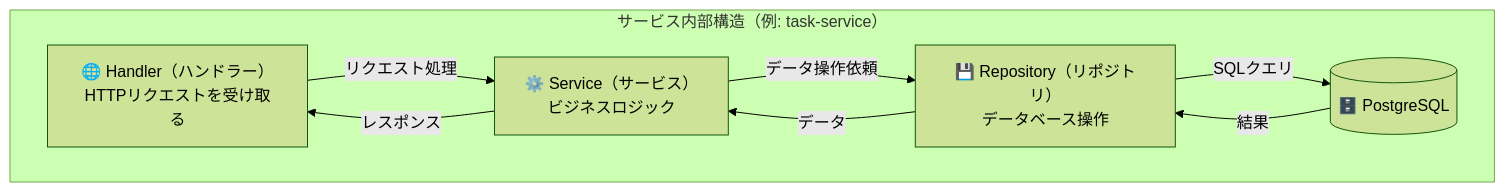
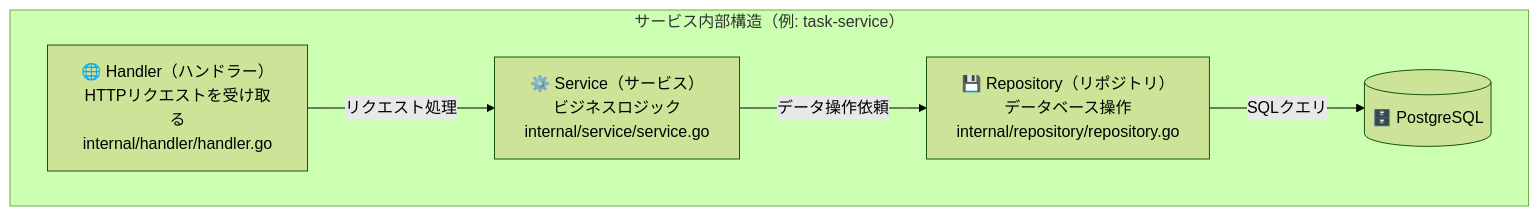
Before and after one commit to yu-min3/kensan: the sixth of 15 diagrams in mydocs/architecture_guide_for_beginners.md, drawn with Mermaid (forest theme). The commit also changed other lines of this file and 85 other files, not shown here.

````diff
--- a/mydocs/architecture_guide_for_beginners.md
+++ b/mydocs/architecture_guide_for_beginners.md
@@ -244,16 +333,13 @@
 ```mermaid
 graph TB
     subgraph "サービス内部構造（例: task-service）"
-        H["🌐 Handler（ハンドラー）<br/>HTTPリクエストを受け取る"]
-        S["⚙️ Service（サービス）<br/>ビジネスロジック"]
-        R["💾 Repository（リポジトリ）<br/>データベース操作"]
+        H["🌐 Handler（ハンドラー）<br/>HTTPリクエストを受け取る<br/>internal/handler/handler.go"]
+        S["⚙️ Service（サービス）<br/>ビジネスロジック<br/>internal/service/service.go"]
+        R["💾 Repository（リポジトリ）<br/>データベース操作<br/>internal/repository/repository.go"]
         DB[("🗄️ PostgreSQL")]
     end
 
     H -->|"リクエスト処理"| S
     S -->|"データ操作依頼"| R
     R -->|"SQLクエリ"| DB
-    DB -->|"結果"| R
-    R -->|"データ"| S
-    S -->|"レスポンス"| H
 ```
````
